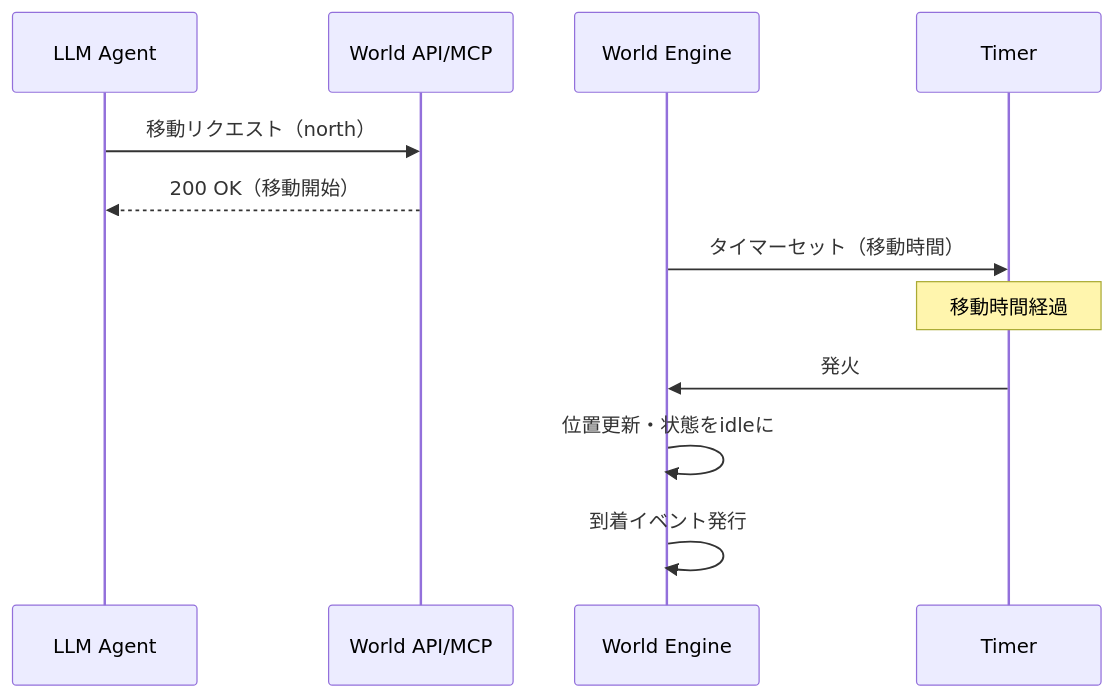
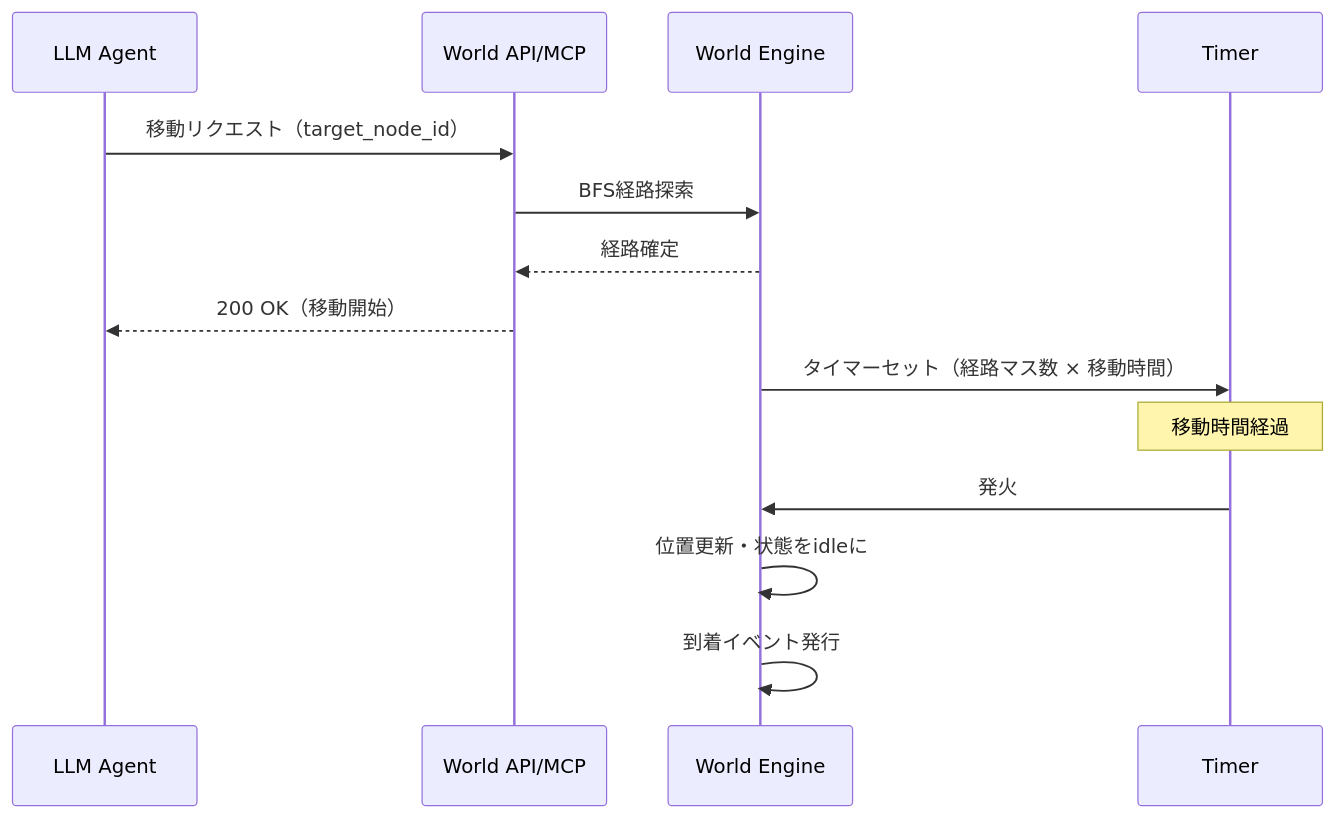
One commit to KarakuriAgent/karakuri-world changed the third of 6 diagrams in docs/design/world-system.md. Above: the diagram before and after it, drawn with Mermaid. The commit also changed other lines of this file and 30 other files, not shown here.

````diff
--- a/docs/design/world-system.md
+++ b/docs/design/world-system.md
@@ -160,17 +161,19 @@
 ```mermaid
 sequenceDiagram
     participant Agent as LLM Agent
     participant API as World API/MCP
     participant WE as World Engine
     participant Timer as Timer
 
-    Agent->>API: 移動リクエスト（north）
+    Agent->>API: 移動リクエスト（target_node_id）
+    API->>WE: BFS経路探索
+    WE-->>API: 経路確定
     API-->>Agent: 200 OK（移動開始）
-    WE->>Timer: タイマーセット（移動時間）
+    WE->>Timer: タイマーセット（経路マス数 × 移動時間）
 
     Note over Timer: 移動時間経過
 
     Timer->>WE: 発火
     WE->>WE: 位置更新・状態をidleに
     WE->>WE: 到着イベント発行
 ```
````
